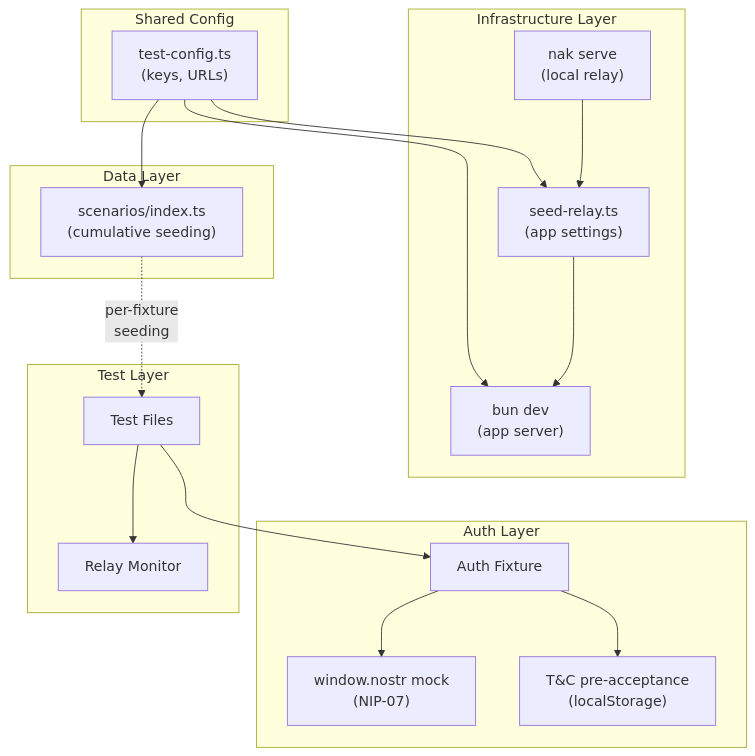
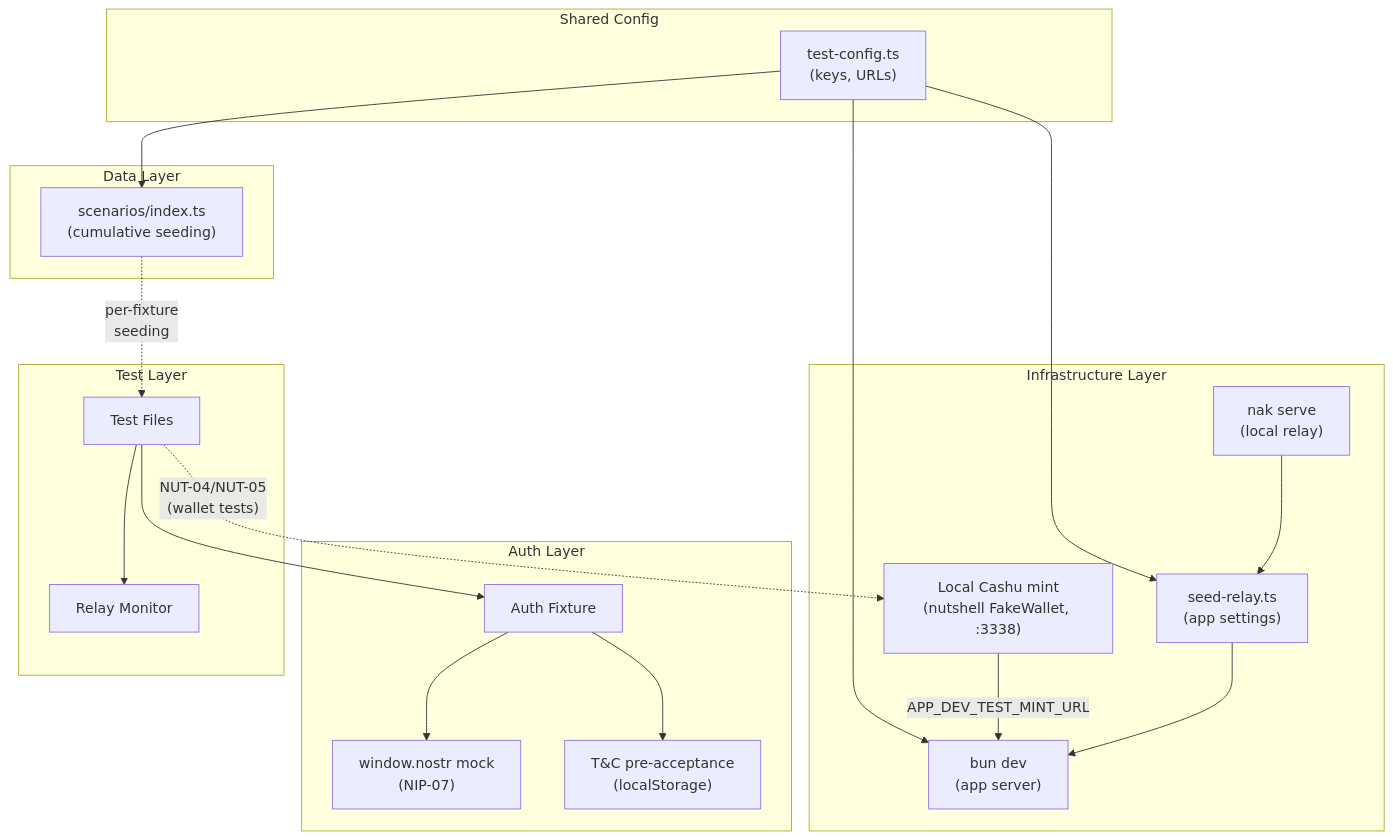
The first of 10 diagrams in e2e/ARCHITECTURE.md (PlebeianApp/market), drawn with Mermaid before and after one commit. The commit also changed other lines of this file and 3 other files, not shown here.

First line of the commit message:
docs(e2e): document local Cashu mint in the e2e suite

````diff
--- a/e2e/ARCHITECTURE.md
+++ b/e2e/ARCHITECTURE.md
@@ -47,38 +47,41 @@
 ```mermaid
 graph TB
     subgraph "Shared Config"
         TC["test-config.ts<br/>(keys, URLs)"]
     end
 
     subgraph "Infrastructure Layer"
         NAK["nak serve<br/>(local relay)"]
+        MINT["Local Cashu mint<br/>(nutshell FakeWallet, :3338)"]
         SR["seed-relay.ts<br/>(app settings)"]
         DEV["bun dev<br/>(app server)"]
     end
 
     subgraph "Data Layer"
         SC["scenarios/index.ts<br/>(cumulative seeding)"]
     end
 
     subgraph "Auth Layer"
         AF[Auth Fixture]
         NE["window.nostr mock<br/>(NIP-07)"]
         TC2["T&C pre-acceptance<br/>(localStorage)"]
     end
 
     subgraph "Test Layer"
         TF[Test Files]
         RM[Relay Monitor]
     end
 
     TC --> SR
     TC --> DEV
     TC --> SC
     NAK --> SR
+    MINT -->|"APP_DEV_TEST_MINT_URL"| DEV
     SR --> DEV
     TF --> AF
     AF --> NE
     AF --> TC2
     TF --> RM
+    TF -.->|"NUT-04/NUT-05<br/>(wallet tests)"| MINT
     SC -.->|"per-fixture<br/>seeding"| TF
 ```
````
